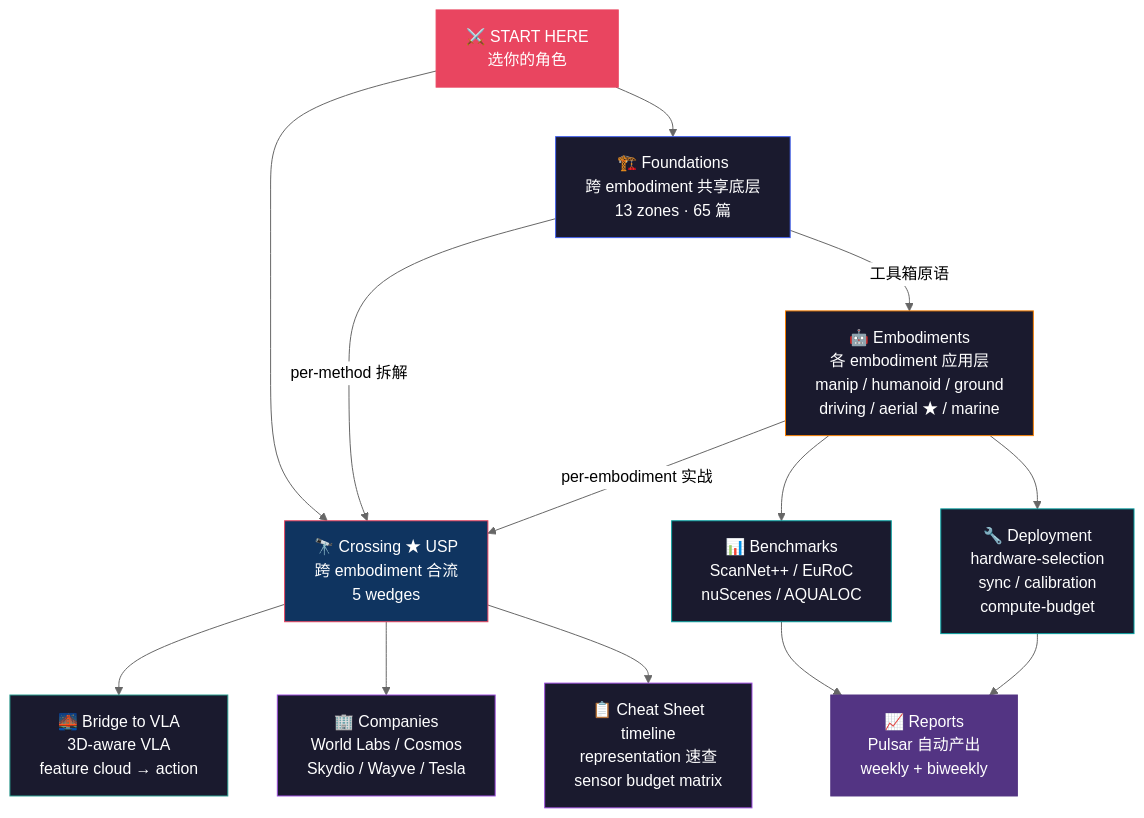
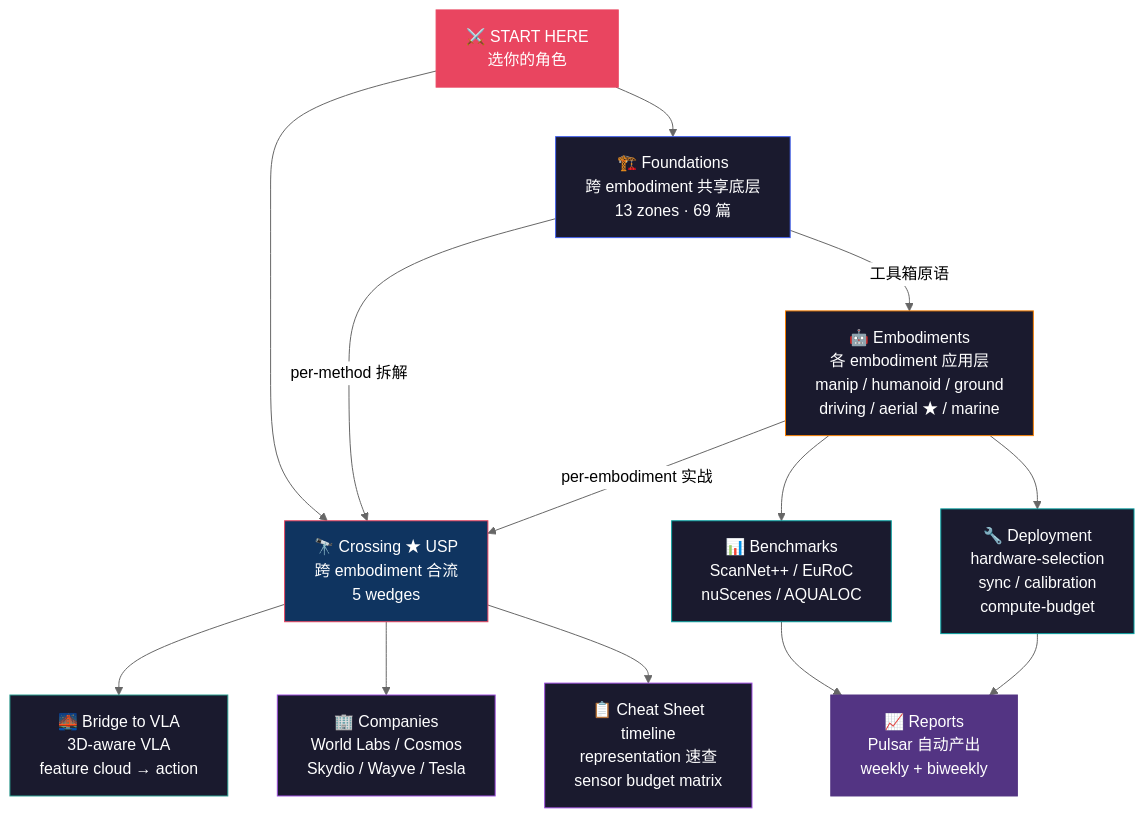
The diagram in README.md (sou350121/Spatial-Intelligence-Handbook), drawn with Mermaid (neutral theme) before and after one commit. The commit also changed other lines of this file and 11 other files, not shown here.

````diff
--- a/README.md
+++ b/README.md
@@ -48,31 +48,31 @@
 ```mermaid
 graph TD
-    START["⚔️ START HERE<br/>选你的角色"] --> FOUND["🏗️ Foundations<br/>跨 embodiment 共享底层<br/>13 zones · 65 篇"]
+    START["⚔️ START HERE<br/>选你的角色"] --> FOUND["🏗️ Foundations<br/>跨 embodiment 共享底层<br/>13 zones · 69 篇"]
     START --> CROSS["🔭 Crossing ★ USP<br/>跨 embodiment 合流<br/>5 wedges"]
 
     FOUND -->|"工具箱原语"| EMB["🤖 Embodiments<br/>各 embodiment 应用层<br/>manip / humanoid / ground<br/>driving / aerial ★ / marine"]
     FOUND -->|"per-method 拆解"| CROSS
 
     EMB -->|"per-embodiment 实战"| CROSS
 
     CROSS --> BRIDGE["🌉 Bridge to VLA<br/>3D-aware VLA<br/>feature cloud → action"]
     CROSS --> COMP["🏢 Companies<br/>World Labs / Cosmos<br/>Skydio / Wayve / Tesla"]
     CROSS --> CHEAT["📋 Cheat Sheet<br/>timeline<br/>representation 速查<br/>sensor budget matrix"]
 
     EMB --> BENCH["📊 Benchmarks<br/>ScanNet++ / EuRoC<br/>nuScenes / AQUALOC"]
     EMB --> DEPLOY["🔧 Deployment<br/>hardware-selection<br/>sync / calibration<br/>compute-budget"]
 
     BENCH --> REP["📈 Reports<br/>Pulsar 自动产出<br/>weekly + biweekly"]
     DEPLOY --> REP
 
     style START fill:#e94560,stroke:#e94560,color:#fff
     style FOUND fill:#1a1a2e,stroke:#4361ee,color:#fff
     style EMB fill:#1a1a2e,stroke:#f77f00,color:#fff
     style CROSS fill:#0f3460,stroke:#e94560,color:#fff
     style BRIDGE fill:#1a1a2e,stroke:#2a9d8f,color:#fff
     style COMP fill:#1a1a2e,stroke:#9d4edd,color:#fff
     style CHEAT fill:#1a1a2e,stroke:#9d4edd,color:#fff
     style BENCH fill:#1a1a2e,stroke:#06a0a0,color:#fff
     style DEPLOY fill:#1a1a2e,stroke:#06a0a0,color:#fff
     style REP fill:#533483,stroke:#533483,color:#fff
 ```
````
